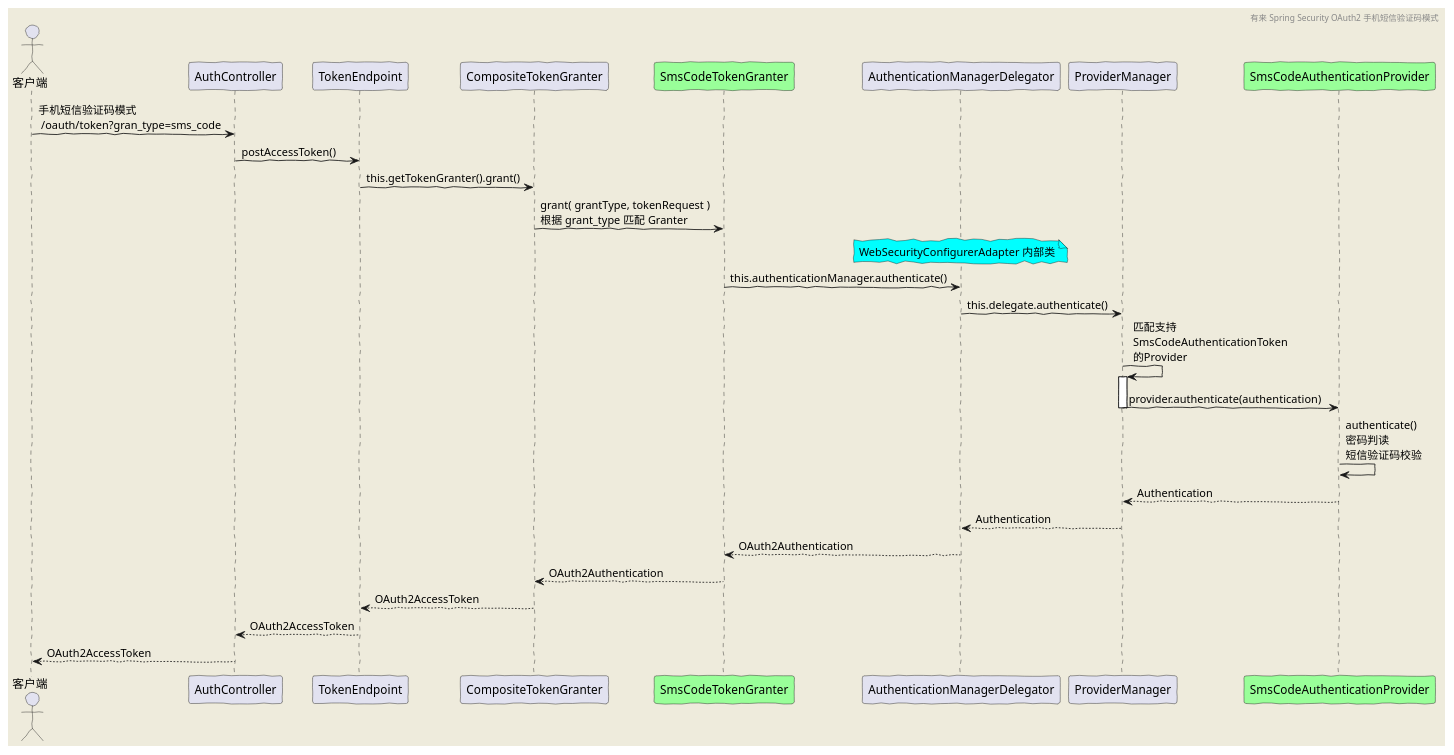
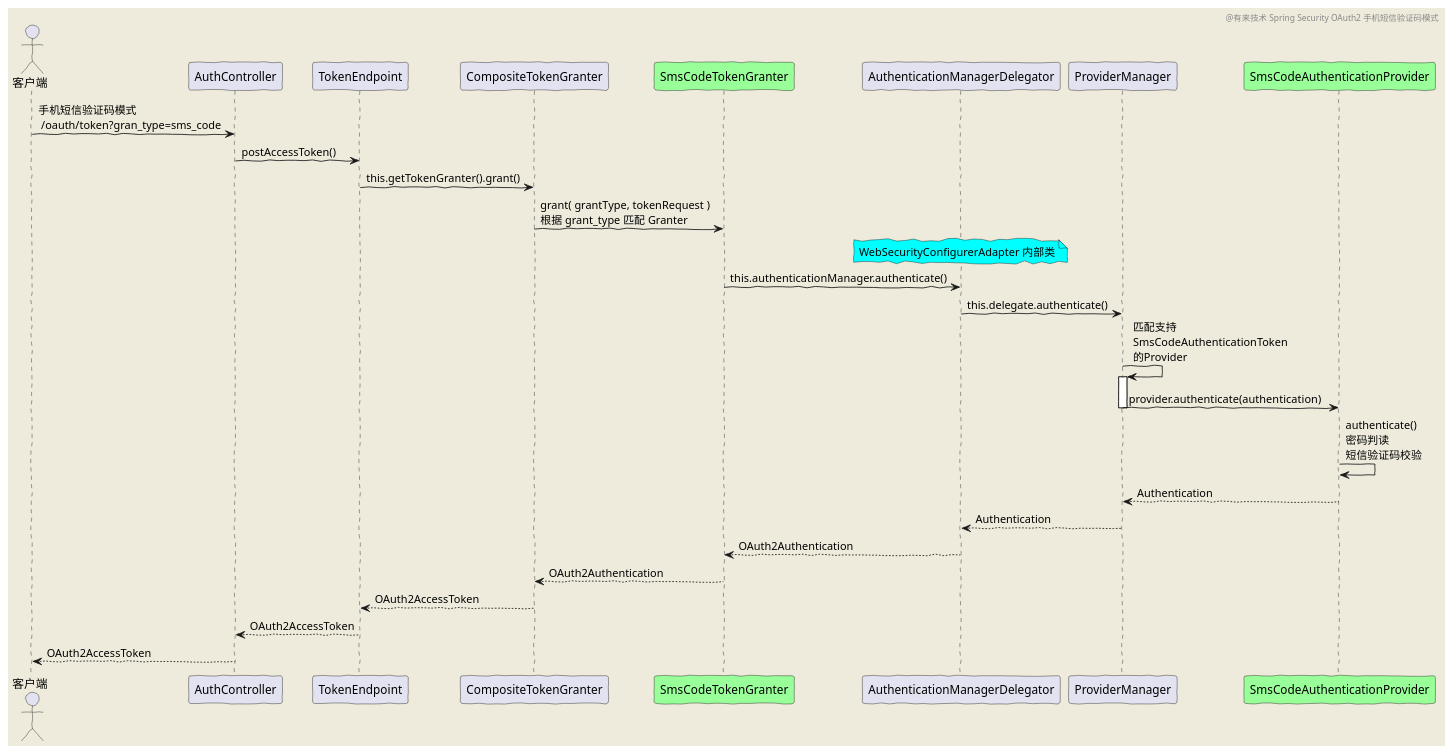
Before and after one commit to youlaitech/youlai-mall: the diagram in docs/diagram/oauth2/sms_code.puml, drawn with PlantUML. The commit also changed 4 other files, not shown here.

Commit message:
docs(*.puml): 修改流程时序图

```diff
--- a/docs/diagram/oauth2/sms_code.puml
+++ b/docs/diagram/oauth2/sms_code.puml
@@ -2,36 +2,36 @@
 @startuml
 'https://plantuml.com/sequence-diagram
 skinparam backgroundColor #EEEBDC
 skinparam handwritten true
 
-header 有来 Spring Security OAuth2 手机短信验证码模式
+header @有来技术 Spring Security OAuth2 手机短信验证码模式
 
 actor 客户端
 
 
 客户端 -> AuthController: 手机短信验证码模式 \n /oauth/token?gran_type=sms_code
 AuthController -> TokenEndpoint: postAccessToken()
 TokenEndpoint -> CompositeTokenGranter: this.getTokenGranter().grant()
 participant SmsCodeTokenGranter #99FF99
 CompositeTokenGranter->SmsCodeTokenGranter: grant( grantType, tokenRequest )\n根据 grant_type 匹配 Granter
 note over of AuthenticationManagerDelegator #aqua
 WebSecurityConfigurerAdapter 内部类
 end note
 SmsCodeTokenGranter-> AuthenticationManagerDelegator:this.authenticationManager.authenticate()
 AuthenticationManagerDelegator -> ProviderManager: this.delegate.authenticate()
 ProviderManager -> ProviderManager: 匹配支持\nSmsCodeAuthenticationToken\n的Provider
 
 activate ProviderManager
 participant SmsCodeAuthenticationProvider #99FF99
 ProviderManager -> SmsCodeAuthenticationProvider: provider.authenticate(authentication)
 deactivate ProviderManager
 
 SmsCodeAuthenticationProvider -> SmsCodeAuthenticationProvider:authenticate()\n密码判读\n短信验证码校验
 ProviderManager <-- SmsCodeAuthenticationProvider: Authentication
 AuthenticationManagerDelegator <-- ProviderManager: Authentication
 SmsCodeTokenGranter <-- AuthenticationManagerDelegator: OAuth2Authentication
 CompositeTokenGranter <-- SmsCodeTokenGranter: OAuth2Authentication
 TokenEndpoint <-- CompositeTokenGranter:OAuth2AccessToken
 AuthController <-- TokenEndpoint:OAuth2AccessToken
 客户端 <-- AuthController: OAuth2AccessToken
 @enduml
```
